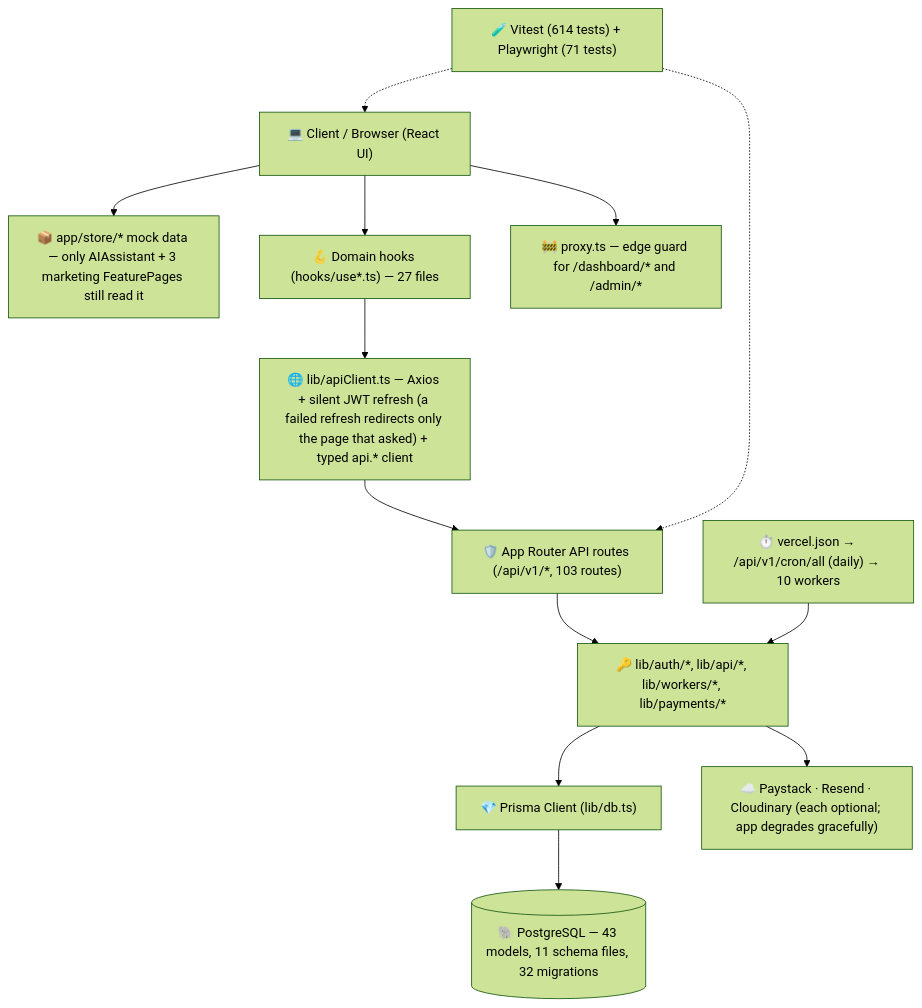
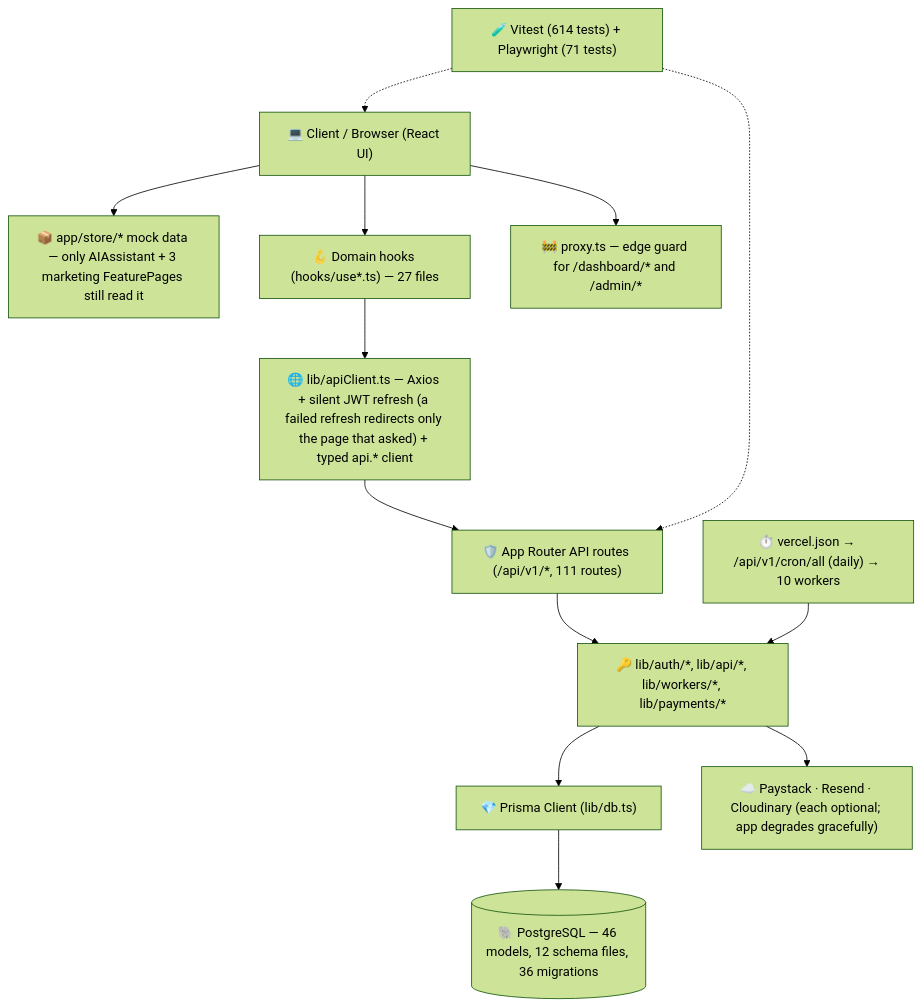
One commit to Proplity/proplity changed the diagram in PROJECT_STRUCTURE.md. Above: the diagram before and after it, drawn with Mermaid (forest theme). The commit also changed other lines of this file and 68 other files, not shown here.

````diff
--- a/PROJECT_STRUCTURE.md
+++ b/PROJECT_STRUCTURE.md
@@ -11,28 +11,28 @@
 ```mermaid
 graph TD
     Client["💻 Client / Browser (React UI)"]
     Store["📦 app/store/* mock data — only AIAssistant + 3 marketing FeaturePages still read it"]
     Hooks["🪝 Domain hooks (hooks/use*.ts) — 27 files"]
     ApiClient["🌐 lib/apiClient.ts — Axios + silent JWT refresh (a failed refresh redirects only the page that asked) + typed api.* client"]
     Proxy["🚧 proxy.ts — edge guard for /dashboard/* and /admin/*"]
-    NextApi["🛡️ App Router API routes (/api/v1/*, 103 routes)"]
+    NextApi["🛡️ App Router API routes (/api/v1/*, 111 routes)"]
     LibCore["🔑 lib/auth/*, lib/api/*, lib/workers/*, lib/payments/*"]
     PrismaClient["💎 Prisma Client (lib/db.ts)"]
-    Postgres[("🐘 PostgreSQL — 43 models, 11 schema files, 32 migrations")]
+    Postgres[("🐘 PostgreSQL — 46 models, 12 schema files, 36 migrations")]
     Cron["⏱️ vercel.json → /api/v1/cron/all (daily) → 10 workers"]
     Ext["☁️ Paystack · Resend · Cloudinary (each optional; app degrades gracefully)"]
     Tests["🧪 Vitest (614 tests) + Playwright (71 tests)"]
 
     Client --> Store
     Client --> Proxy
     Client --> Hooks
     Hooks --> ApiClient
     ApiClient --> NextApi
     NextApi --> LibCore
     LibCore --> PrismaClient
     LibCore --> Ext
     Cron --> LibCore
     PrismaClient --> Postgres
     Tests -.-> NextApi
     Tests -.-> Client
 ```
````
